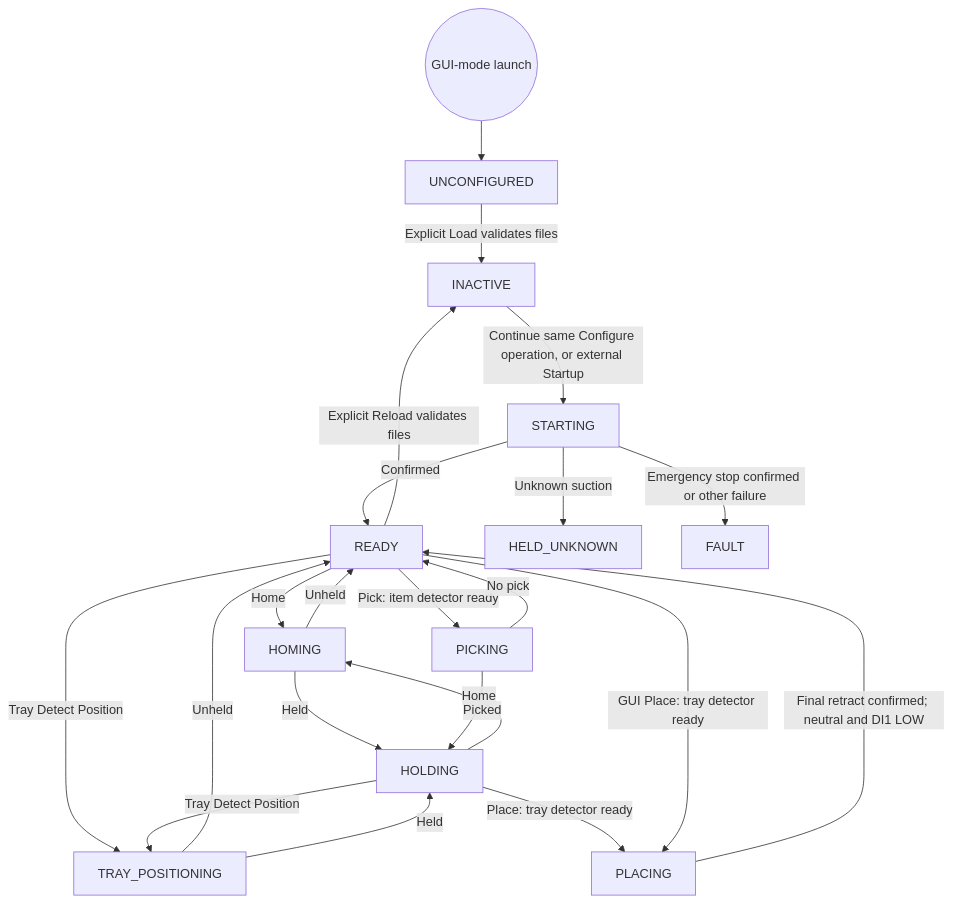
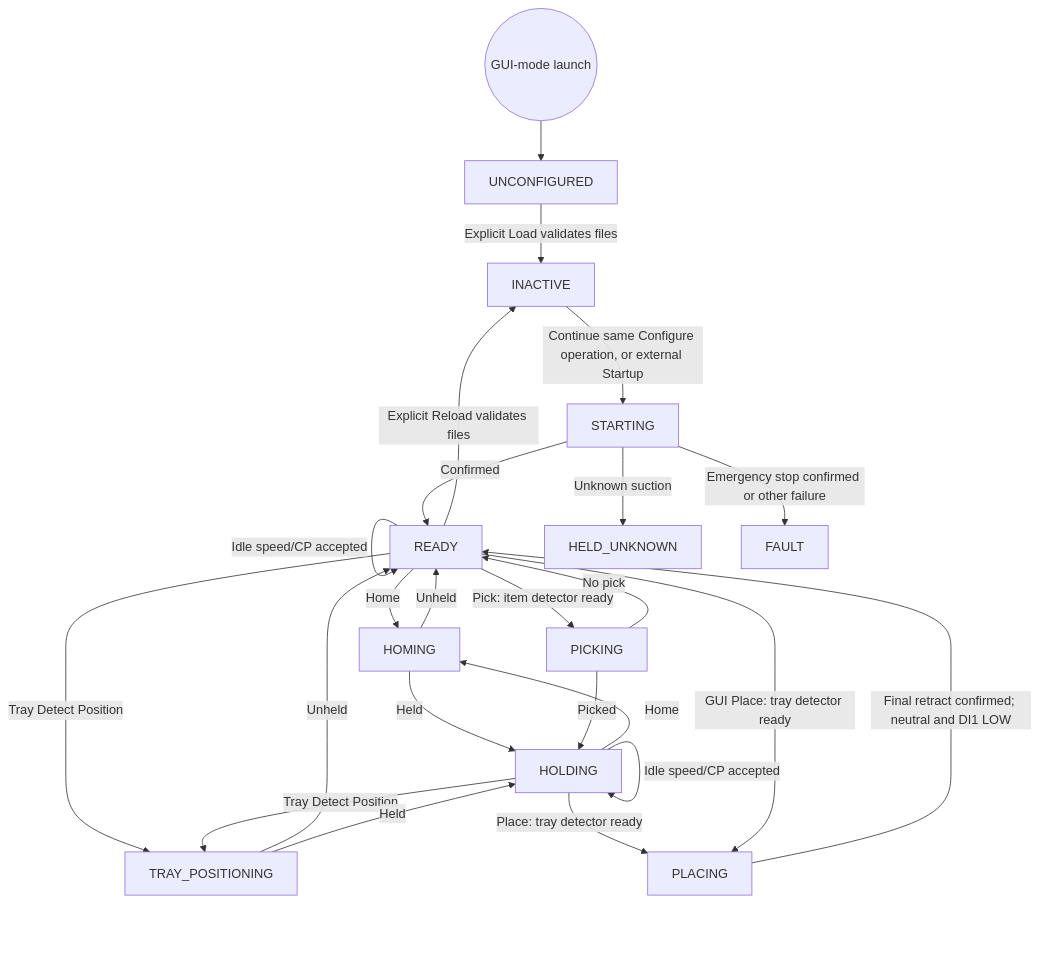
Before and after one commit to esgange/dobot_picknplace_yolo: the second of 9 diagrams in docs/ROBOT_CONTROLLER_FSM.md, drawn with Mermaid. The commit also changed other lines of this file and 23 other files, not shown here.

````diff
--- a/docs/ROBOT_CONTROLLER_FSM.md
+++ b/docs/ROBOT_CONTROLLER_FSM.md
@@ -359,24 +367,26 @@
 ```mermaid
 flowchart TD
     Launch((GUI-mode launch)) --> UNCONFIGURED
     UNCONFIGURED -->|Explicit Load validates files| INACTIVE
     INACTIVE -->|Continue same Configure operation, or external Startup| STARTING
     STARTING -->|Confirmed| READY
     READY -->|Explicit Reload validates files| INACTIVE
+    READY -->|Idle speed/CP accepted| READY
+    HOLDING -->|Idle speed/CP accepted| HOLDING
     READY -->|Home| HOMING
     HOMING -->|Unheld| READY
     HOLDING -->|Home| HOMING
     HOMING -->|Held| HOLDING
     READY -->|Pick: item detector ready| PICKING
     PICKING -->|Picked| HOLDING
     PICKING -->|No pick| READY
     READY -->|Tray Detect Position| TRAY_POSITIONING
     HOLDING -->|Tray Detect Position| TRAY_POSITIONING
     TRAY_POSITIONING -->|Unheld| READY
     TRAY_POSITIONING -->|Held| HOLDING
     HOLDING -->|Place: tray detector ready| PLACING
     READY -->|GUI Place: tray detector ready| PLACING
     PLACING -->|Final retract confirmed; neutral and DI1 LOW| READY
     STARTING -->|Unknown suction| HELD_UNKNOWN
     STARTING -->|Emergency stop confirmed or other failure| FAULT
 ```
````
